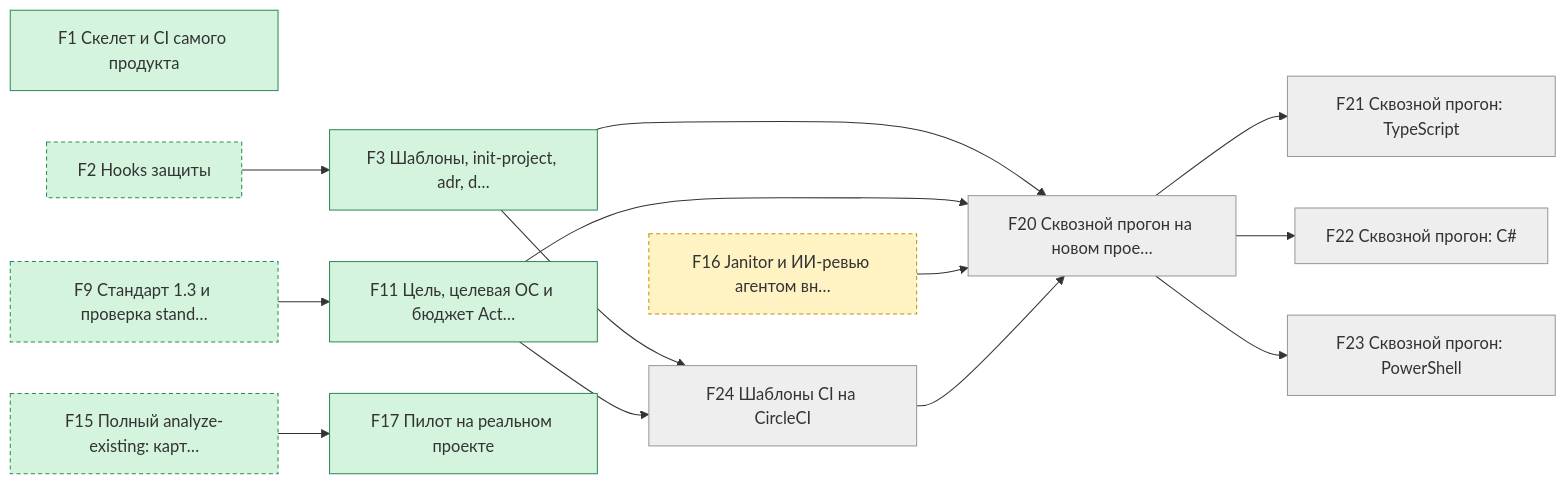
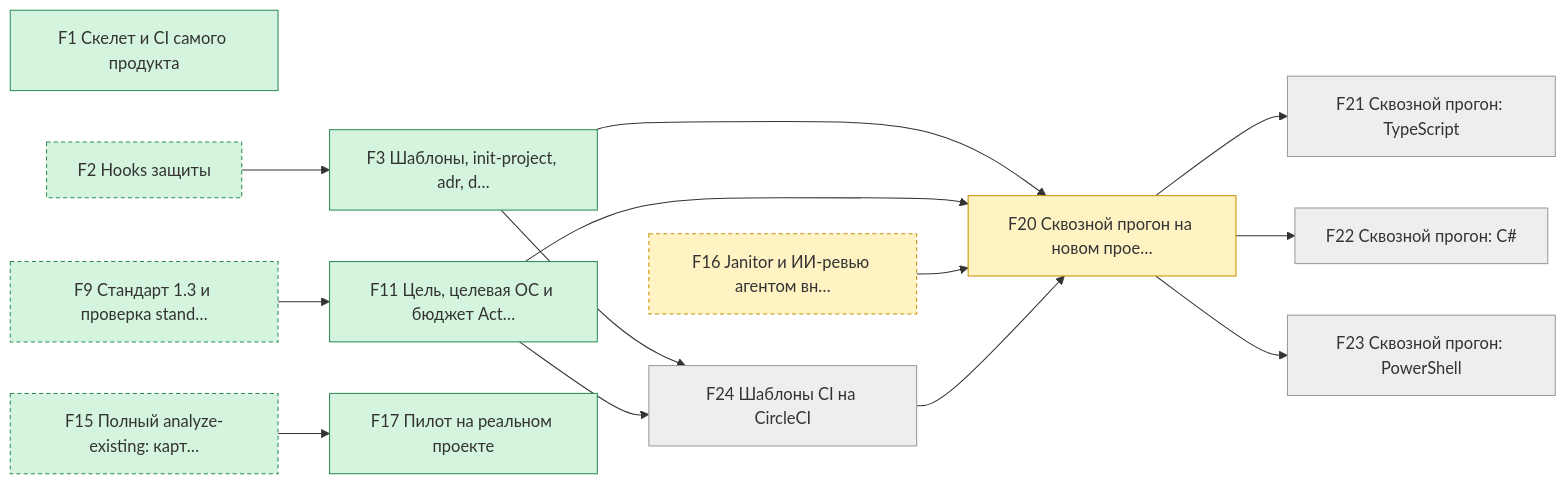
Before and after one commit to pete-doc/project-architect: the first of 6 diagrams in state/STATUS.md, drawn with Mermaid. The commit also changed other lines of this file and 2 other files, not shown here.

````diff
--- a/state/STATUS.md
+++ b/state/STATUS.md
@@ -43,37 +45,37 @@
 ```mermaid
 graph LR
   F1["F1 Скелет и CI самого продукта"]
   F3["F3 Шаблоны, init-project, adr, d…"]
   F11["F11 Цель, целевая ОС и бюджет Act…"]
   F17["F17 Пилот на реальном проекте"]
   F20["F20 Сквозной прогон на новом прое…"]
   F21["F21 Сквозной прогон: TypeScript"]
   F22["F22 Сквозной прогон: C#"]
   F23["F23 Сквозной прогон: PowerShell"]
   F24["F24 Шаблоны CI на CircleCI"]
   F2["F2 Hooks защиты"]
   F9["F9 Стандарт 1.3 и проверка stand…"]
   F15["F15 Полный analyze-existing: карт…"]
   F16["F16 Janitor и ИИ-ревью агентом вн…"]
   F2 --> F3
   F9 --> F11
   F15 --> F17
   F3 --> F20
   F11 --> F20
   F16 --> F20
   F24 --> F20
   F20 --> F21
   F20 --> F22
   F20 --> F23
   F3 --> F24
   F11 --> F24
   classDef done fill:#d4f4dd,stroke:#2e8b57
   classDef work fill:#fff3c4,stroke:#c79100
   classDef blocked fill:#ffd6d6,stroke:#c0392b
   classDef later fill:#eeeeee,stroke:#999999
   classDef outside stroke-dasharray: 4 3
   class F1,F3,F11,F17,F2,F9,F15 done
-  class F16 work
-  class F20,F21,F22,F23,F24 later
+  class F20,F16 work
+  class F21,F22,F23,F24 later
   class F2,F9,F15,F16 outside
 ```
````
